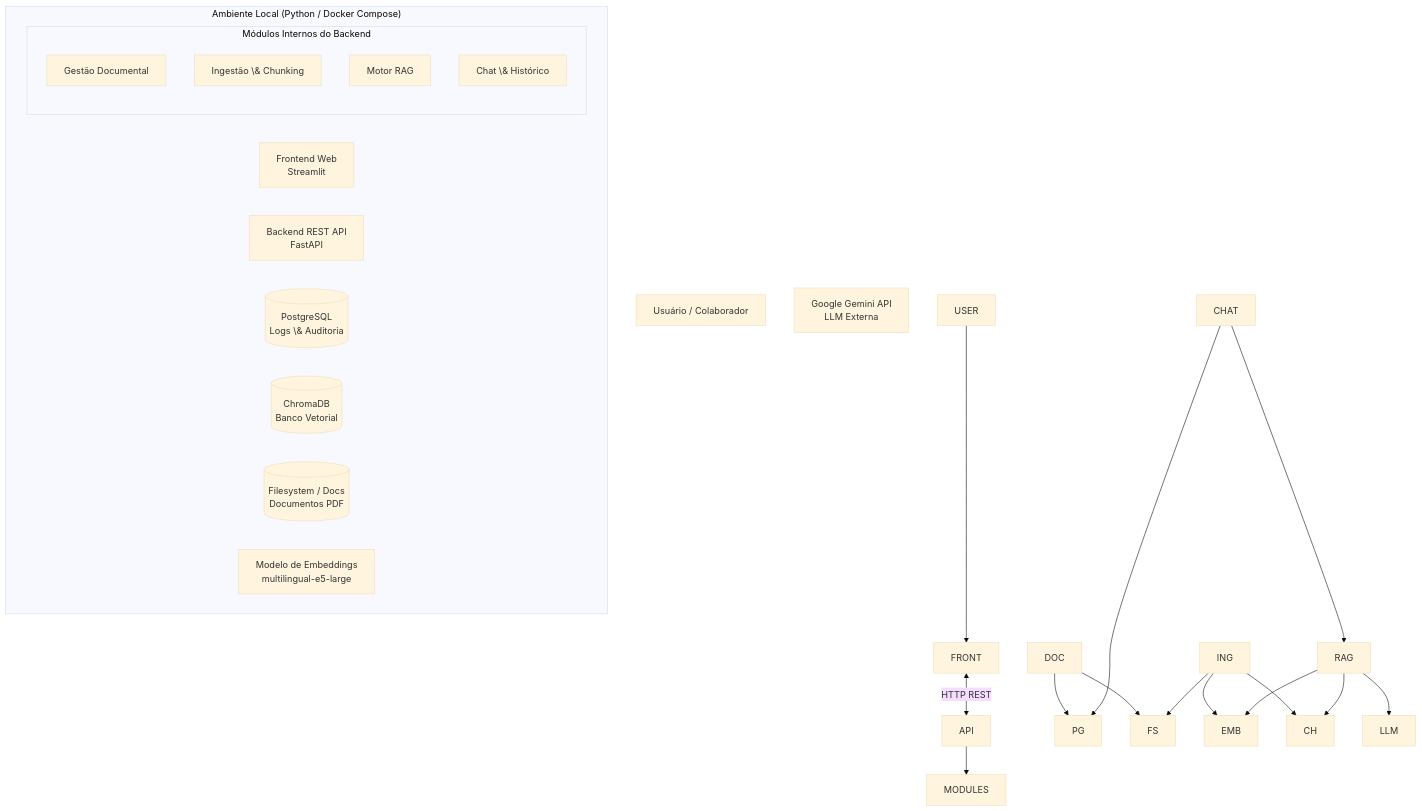
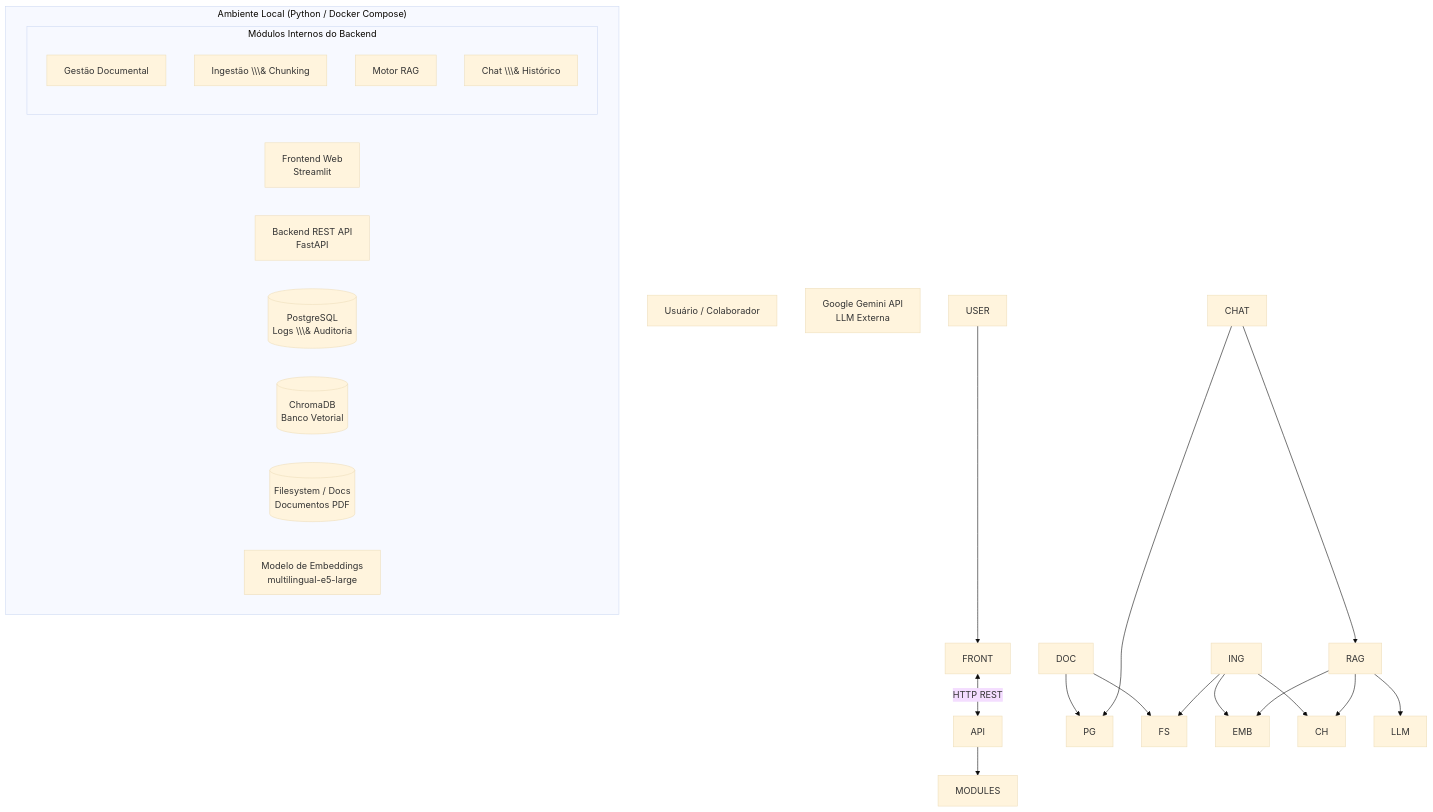
Before and after one commit to Elfarias/knowledgehub-ai: the diagram in README.md, drawn with Mermaid (base theme). The commit also changed other lines of this file, not shown here.

Commit message:
Inclusão redes sociais

````diff
--- a/README.md
+++ b/README.md
@@ -25,42 +25,42 @@
 ```mermaid
 flowchart TB
-    USER\[Usuário / Colaborador]
+    USER\\\[Usuário / Colaborador]
 
-    subgraph LOCAL\["Ambiente Local (Python / Docker Compose)"]
-        FRONT\[Frontend Web<br/>Streamlit]
-        API\[Backend REST API<br/>FastAPI]
+    subgraph LOCAL\\\["Ambiente Local (Python / Docker Compose)"]
+        FRONT\\\[Frontend Web<br/>Streamlit]
+        API\\\[Backend REST API<br/>FastAPI]
 
-        subgraph MODULES\["Módulos Internos do Backend"]
-            DOC\[Gestão Documental]
-            ING\[Ingestão \& Chunking]
-            RAG\[Motor RAG]
-            CHAT\[Chat \& Histórico]
+        subgraph MODULES\\\["Módulos Internos do Backend"]
+            DOC\\\[Gestão Documental]
+            ING\\\[Ingestão \\\& Chunking]
+            RAG\\\[Motor RAG]
+            CHAT\\\[Chat \\\& Histórico]
         end
 
-        PG\[(PostgreSQL<br/>Logs \& Auditoria)]
-        CH\[(ChromaDB<br/>Banco Vetorial)]
-        FS\[(Filesystem / Docs<br/>Documentos PDF)]
+        PG\\\[(PostgreSQL<br/>Logs \\\& Auditoria)]
+        CH\\\[(ChromaDB<br/>Banco Vetorial)]
+        FS\\\[(Filesystem / Docs<br/>Documentos PDF)]
 
-        EMB\[Modelo de Embeddings<br/>multilingual-e5-large]
+        EMB\\\[Modelo de Embeddings<br/>multilingual-e5-large]
     end
 
-    LLM\[Google Gemini API<br/>LLM Externa]
+    LLM\\\[Google Gemini API<br/>LLM Externa]
 
     USER --> FRONT
     FRONT <-->|HTTP REST| API
     API --> MODULES
 
     DOC --> PG
     DOC --> FS
 
     ING --> FS
     ING --> EMB
     ING --> CH
 
     RAG --> EMB
     RAG --> CH
     RAG --> LLM
 
     CHAT --> PG
     CHAT --> RAG
 ```
````
